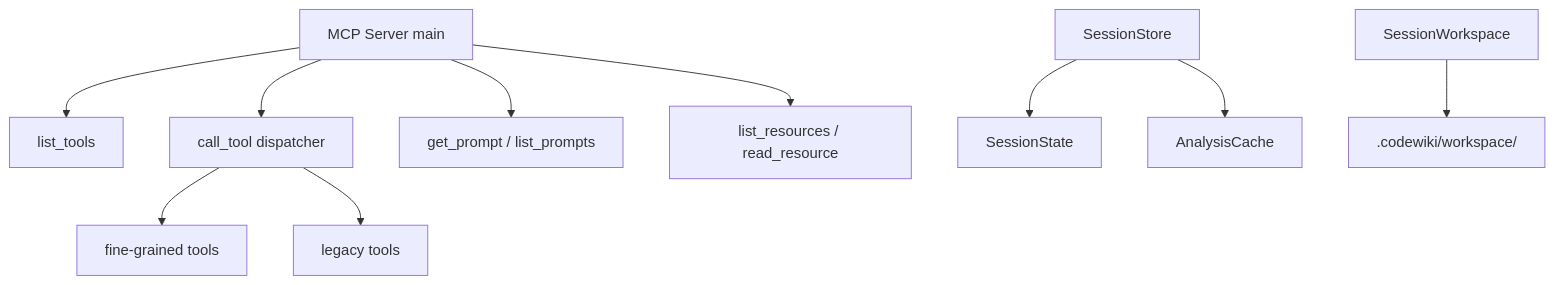
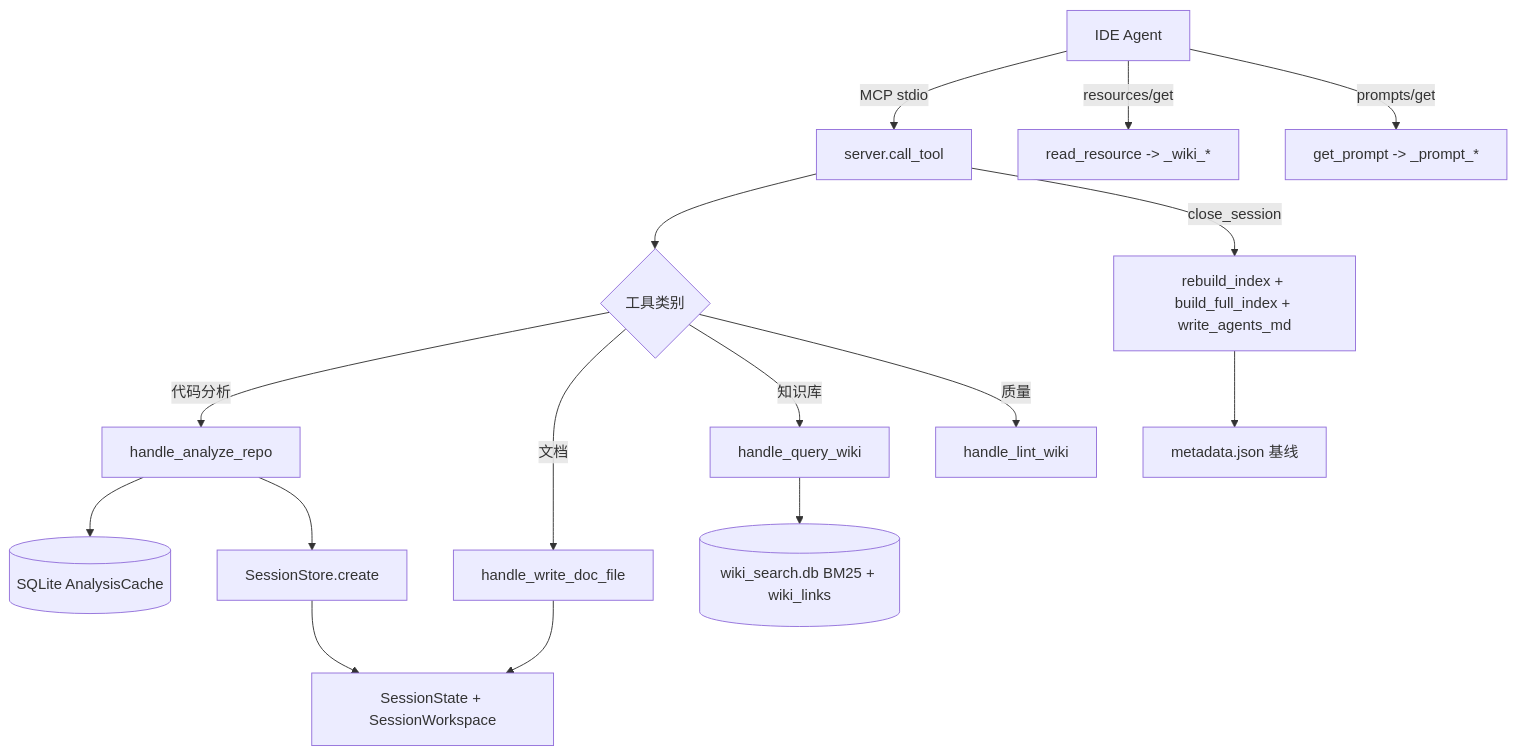
Before and after one commit to mambo-wang/CodeWiki-Plus: the diagram in repowiki/wiki/modules/MCP_Core.md, drawn with Mermaid. The commit also changed other lines of this file and 36 other files, not shown here.

````diff
--- a/repowiki/wiki/modules/MCP_Core.md
+++ b/repowiki/wiki/modules/MCP_Core.md
@@ -17,12 +131,18 @@
 ```mermaid
-graph TB
-    A[MCP Server main] --> B[list_tools]
-    A --> C[call_tool dispatcher]
-    A --> D[get_prompt / list_prompts]
-    A --> E[list_resources / read_resource]
-    C --> F[fine-grained tools]
-    C --> G[legacy tools]
-    H[SessionStore] --> I[SessionState]
-    H --> J[AnalysisCache]
-    K[SessionWorkspace] --> L[.codewiki/workspace/]
+flowchart TD
+    A[IDE Agent] -->|MCP stdio| B[server.call_tool]
+    B --> C{工具类别}
+    C -->|代码分析| D[handle_analyze_repo]
+    C -->|文档| E[handle_write_doc_file]
+    C -->|知识库| F[handle_query_wiki]
+    C -->|质量| G[handle_lint_wiki]
+    D --> H[(SQLite AnalysisCache)]
+    D --> I[SessionStore.create]
+    I --> J[SessionState + SessionWorkspace]
+    E --> J
+    F --> K[(wiki_search.db BM25 + wiki_links)]
+    B -->|close_session| L[rebuild_index + build_full_index + write_agents_md]
+    L --> M[metadata.json 基线]
+    A -->|resources/get| N[read_resource -> _wiki_*]
+    A -->|prompts/get| O[get_prompt -> _prompt_*]
 ```
````
